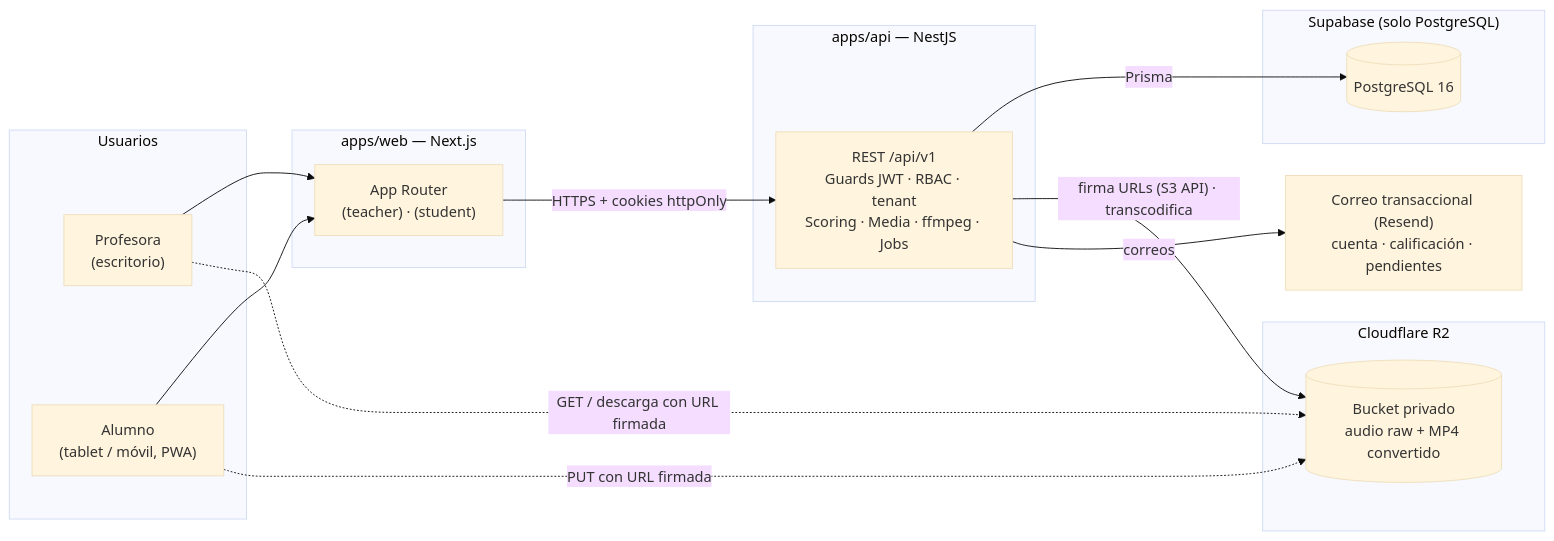
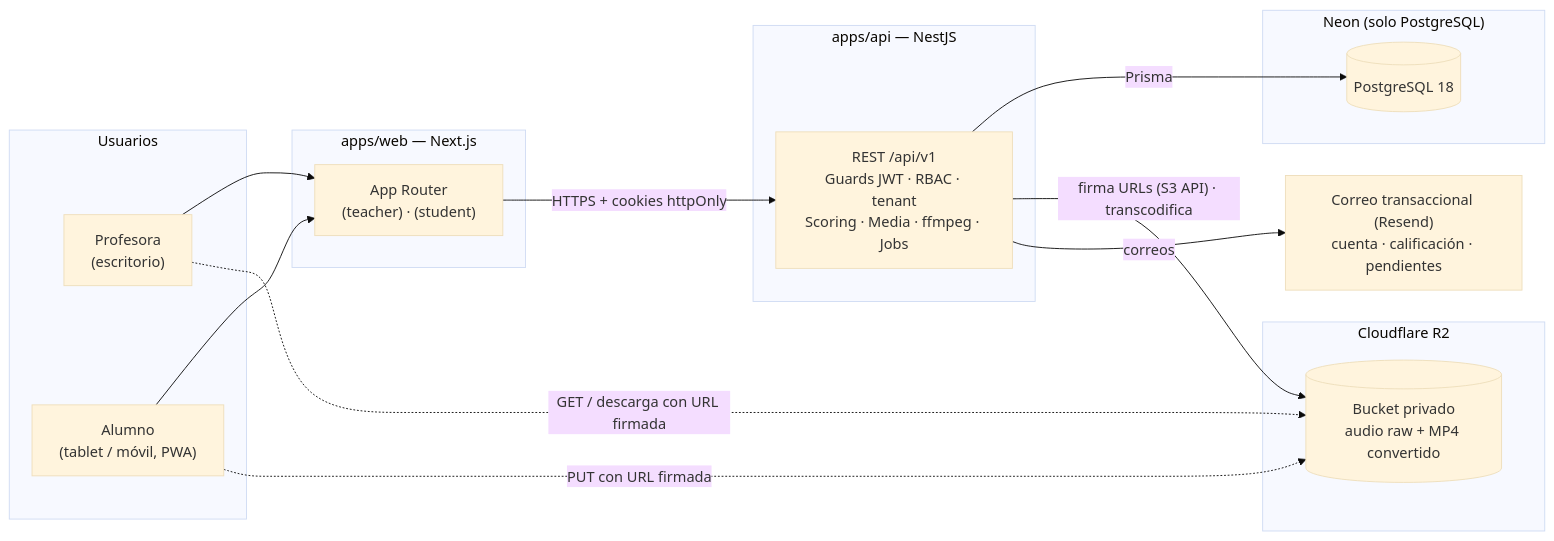
One commit to Samuel-Duque/englove changed the first of 5 diagrams in planning/architecture-overview.md. Above: the diagram before and after it, drawn with Mermaid (base theme). The commit also changed other lines of this file and 13 other files, not shown here.

````diff
--- a/planning/architecture-overview.md
+++ b/planning/architecture-overview.md
@@ -47,28 +49,28 @@
 ```mermaid
 flowchart LR
   subgraph Usuarios
     T["Profesora<br/>(escritorio)"]
     S["Alumno<br/>(tablet / móvil, PWA)"]
   end
   subgraph Web["apps/web — Next.js"]
     W["App Router<br/>(teacher) · (student)"]
   end
   subgraph Api["apps/api — NestJS"]
     A["REST /api/v1<br/>Guards JWT · RBAC · tenant<br/>Scoring · Media · ffmpeg · Jobs"]
   end
-  subgraph Supabase["Supabase (solo PostgreSQL)"]
-    P[("PostgreSQL 16")]
+  subgraph Neon["Neon (solo PostgreSQL)"]
+    P[("PostgreSQL 18")]
   end
   subgraph R2["Cloudflare R2"]
     O[("Bucket privado<br/>audio raw + MP4 convertido")]
   end
   M["Correo transaccional (Resend)<br/>cuenta · calificación · pendientes"]
   T --> W
   S --> W
   W -- "HTTPS + cookies httpOnly" --> A
   A -- "Prisma" --> P
   A -- "firma URLs (S3 API) · transcodifica" --> O
   A -- "correos" --> M
   S -. "PUT con URL firmada" .-> O
   T -. "GET / descarga con URL firmada" .-> O
 ```
````
